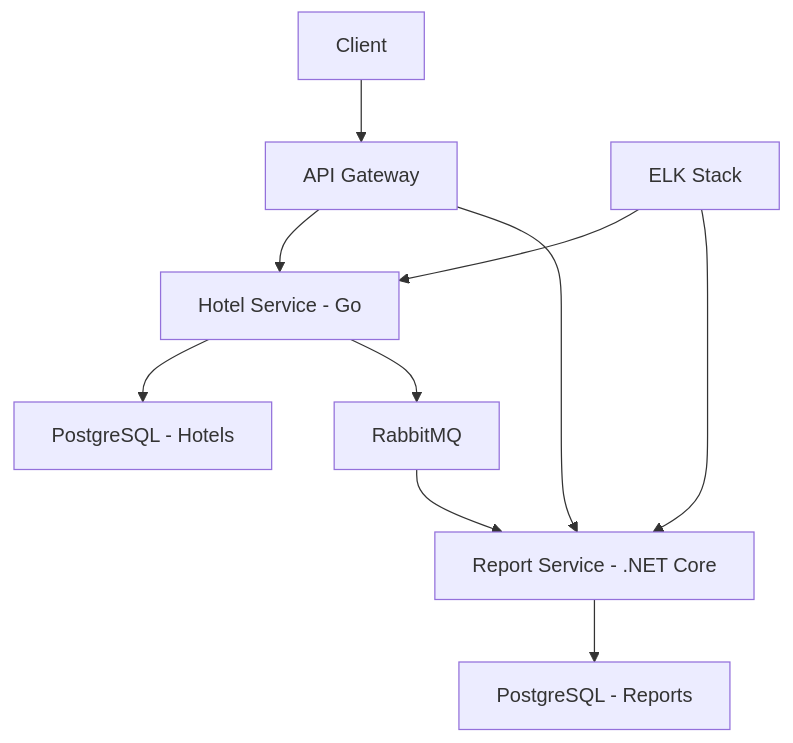
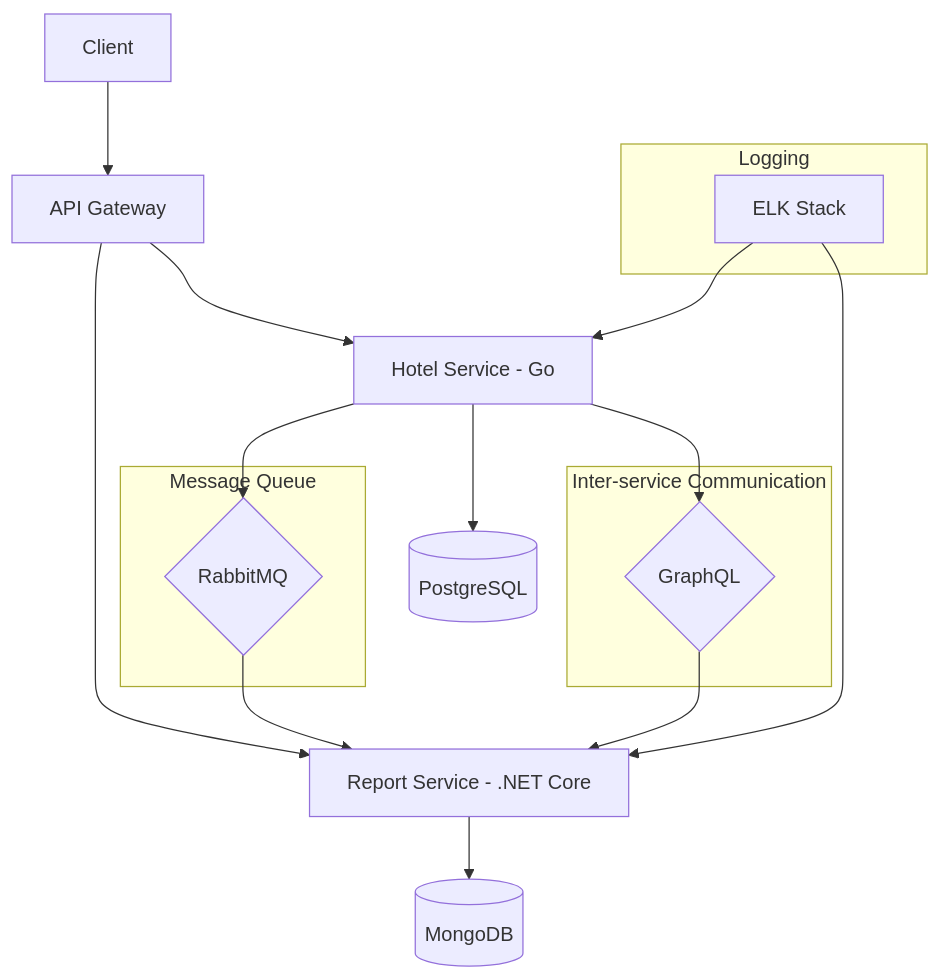
Before and after one commit to tfgoztok/hotel_report: the diagram in README.md, drawn with Mermaid. The commit also changed other lines of this file and 2 other files, not shown here.

````diff
--- a/README.md
+++ b/README.md
@@ -32,12 +36,23 @@
 ```mermaid
 graph TD
-    A[Client] --> B[API Gateway]
-    B --> C[Hotel Service - Go]
-    B --> D[Report Service - .NET Core]
-    C --> E[PostgreSQL - Hotels]
-    D --> F[PostgreSQL - Reports]
-    C --> G[RabbitMQ]
-    G --> D
-    H[ELK Stack] --> C
-    H --> D
+    Client[Client] --> ApiGateway[API Gateway]
+    ApiGateway --> HotelService[Hotel Service - Go]
+    ApiGateway --> ReportService[Report Service - .NET Core]
+    HotelService --> PostgreSQL[(PostgreSQL)]
+    ReportService --> MongoDB[(MongoDB)]
+    HotelService --> RabbitMQ{RabbitMQ}
+    RabbitMQ --> ReportService
+    HotelService --> GraphQL{GraphQL}
+    GraphQL --> ReportService
+    ELK[ELK Stack] --> HotelService
+    ELK --> ReportService
+    subgraph Logging
+        ELK
+    end
+    subgraph "Message Queue"
+        RabbitMQ
+    end
+    subgraph "Inter-service Communication"
+        GraphQL
+    end
 ```
````
